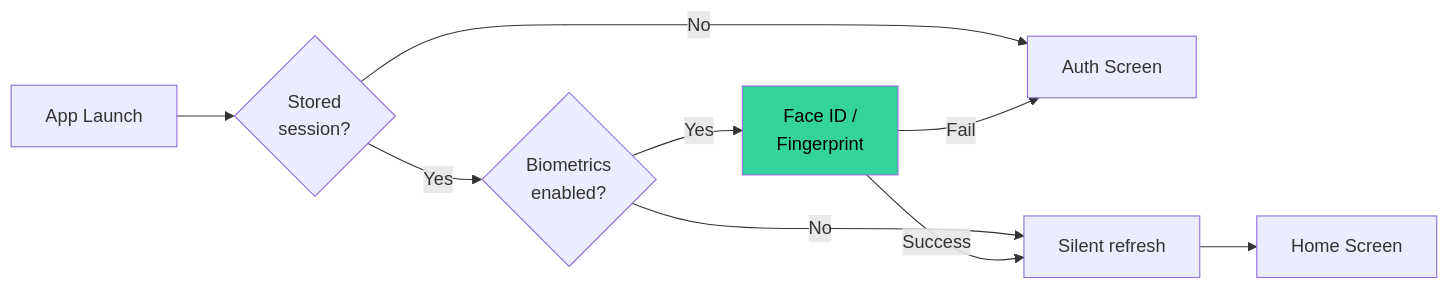
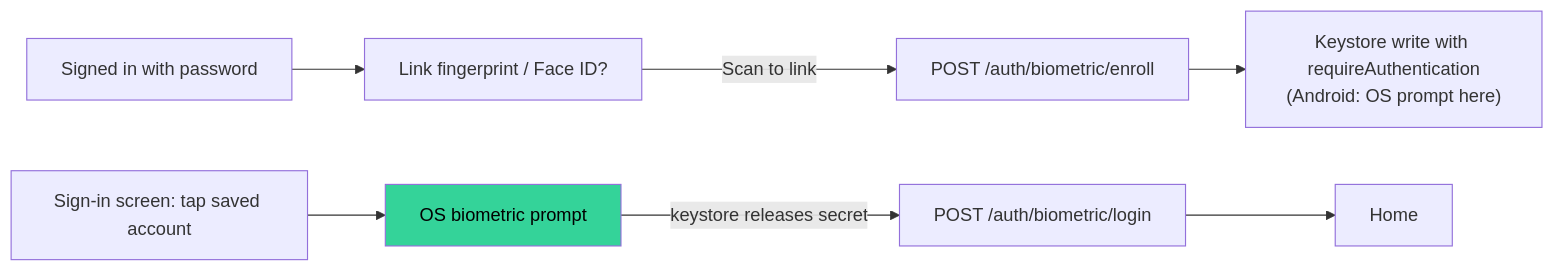
One commit to Tombomeke-Studios/FinVault changed the fourth of 4 diagrams in docs/security.md. Above: the diagram before and after it, drawn with Mermaid. The commit also changed other lines of this file and 12 other files, not shown here.

First line of the commit message:
feat(mobile): link biometrics per account and switch between accounts

````diff
--- a/docs/security.md
+++ b/docs/security.md
@@ -108,13 +108,10 @@
 ```mermaid
 graph LR
-    LAUNCH["App Launch"] --> STORED{"Stored<br/>session?"}
-    STORED -->|No| AUTH["Auth Screen"]
-    STORED -->|Yes| BIO{"Biometrics<br/>enabled?"}
-    BIO -->|No| RESTORE["Silent refresh"]
-    BIO -->|Yes| PROMPT["Face ID /<br/>Fingerprint"]
-    PROMPT -->|Success| RESTORE
-    PROMPT -->|Fail| AUTH
-    RESTORE --> HOME["Home Screen"]
-
+    LINK["Signed in with password"] --> OFFER["Link fingerprint / Face ID?"]
+    OFFER -->|Scan to link| ENROLL["POST /auth/biometric/enroll"]
+    ENROLL --> STORE["Keystore write with requireAuthentication<br/>(Android: OS prompt here)"]
+    PICK["Sign-in screen: tap saved account"] --> PROMPT["OS biometric prompt"]
+    PROMPT -->|keystore releases secret| LOGIN["POST /auth/biometric/login"]
+    LOGIN --> HOME["Home"]
     style PROMPT fill:#34d399,color:#000
 ```
````
